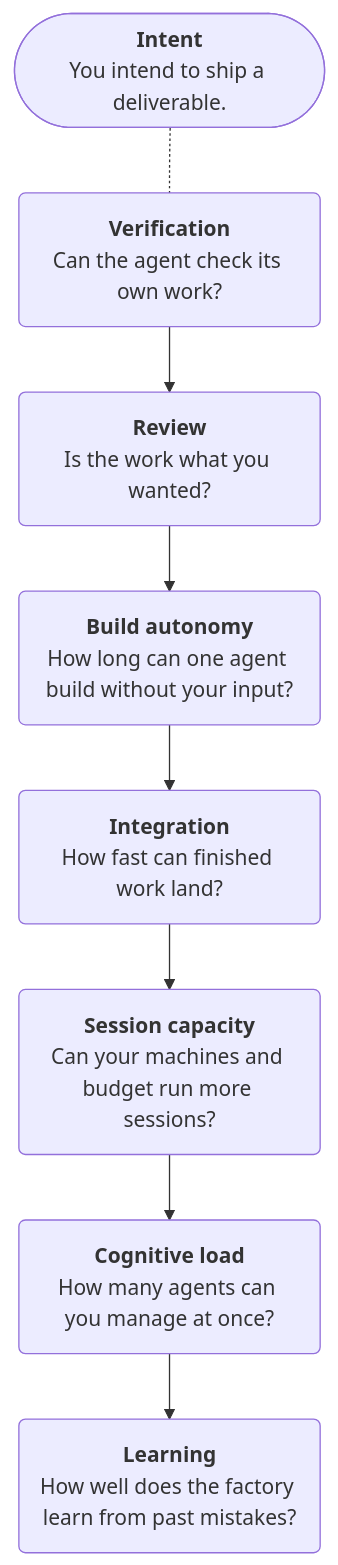
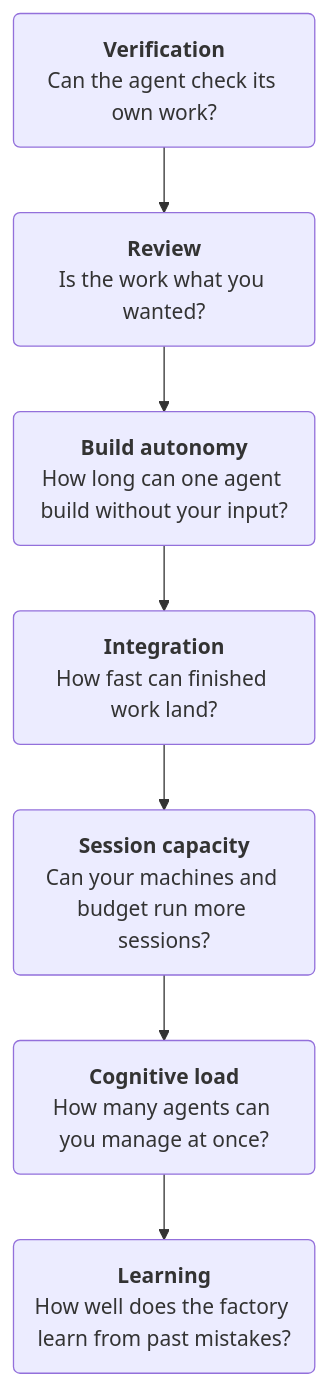
Before and after one commit to fabricahq/book: the diagram in 01-introduction/05-the-hierarchy-of-bottlenecks.md, drawn with Mermaid. The commit also changed other lines of this file, not shown here.

Commit message:
Drop Intent from the hierarchy of bottlenecks diagram
Intent at the top read as the first bottleneck, which was confusing.
The diagram now starts at verification, and the Intent section below
still explains what's left once all seven are relieved.

Update: review-and-build-autonomy

````diff
--- a/01-introduction/05-the-hierarchy-of-bottlenecks.md
+++ b/01-introduction/05-the-hierarchy-of-bottlenecks.md
@@ -38,14 +38,13 @@
 ```mermaid
 flowchart TD
   accTitle: The hierarchy of bottlenecks
-  accDescr: It starts with your intent to ship a deliverable. Then come seven bottlenecks, met in this order: verification, review, build autonomy, integration, session capacity, cognitive load, and learning.
-  intent(["<b>Intent</b><br/>You intend to ship a deliverable."])
+  accDescr: Seven bottlenecks, met in this order: verification, review, build autonomy, integration, session capacity, cognitive load, and learning.
   verification("<b>Verification</b><br/>Can the agent check its own work?")
   review("<b>Review</b><br/>Is the work what you wanted?")
   buildAutonomy("<b>Build autonomy</b><br/>How long can one agent build without your input?")
   integration("<b>Integration</b><br/>How fast can finished work land?")
   sessionCapacity("<b>Session capacity</b><br/>Can your machines and budget run more sessions?")
   cognitiveLoad("<b>Cognitive load</b><br/>How many agents can you manage at once?")
   learning("<b>Learning</b><br/>How well does the factory learn from past mistakes?")
-  intent -.- verification --> review --> buildAutonomy --> integration --> sessionCapacity --> cognitiveLoad --> learning
+  verification --> review --> buildAutonomy --> integration --> sessionCapacity --> cognitiveLoad --> learning
 ```
````
